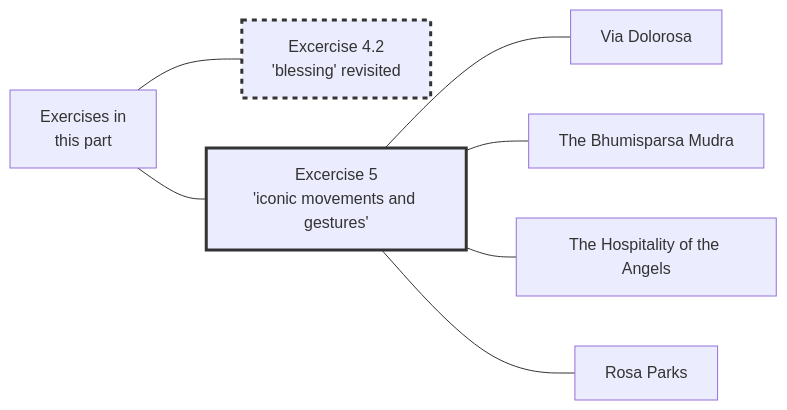
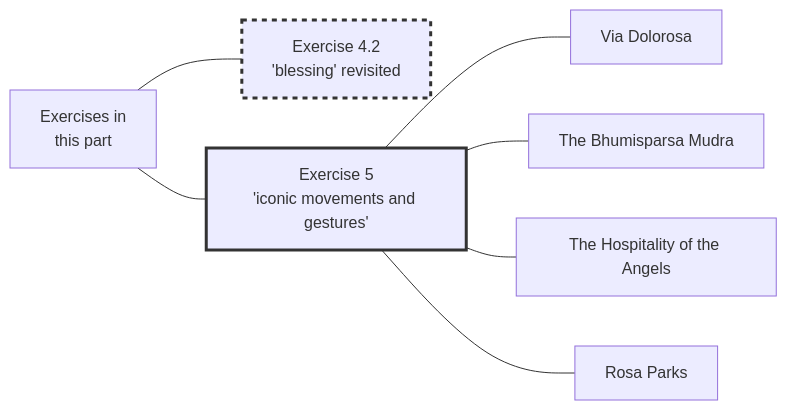
Before and after one commit to fschuhi/digital-garden-rob-burbea-work: the diagram in 2020 Vajra Music/Talks/Preliminaries Regarding Voice, Movement, and Gesture - Part 4.md, drawn with Mermaid. The commit also changed other lines of this file and 59 other files, not shown here.

````diff
--- a/2020 Vajra Music/Talks/Preliminaries Regarding Voice, Movement, and Gesture - Part 4.md
+++ b/2020 Vajra Music/Talks/Preliminaries Regarding Voice, Movement, and Gesture - Part 4.md
@@ -16,20 +16,20 @@
 ```mermaid
 graph LR
 
 %% classDef FixFont font-size:12px
 %% classDef Bla fill:#f9f,stroke:#333,stroke-width:4px
 classDef FatStroke stroke:#333,stroke-width:3px
 classDef DottedFatStroke stroke:#333,stroke-width:3px,stroke-dasharray: 5
 
 E[Exercises in<br>this part]
 E --- E4
 E --- E5
 
-E4[Excercise 4.2<br>'blessing' revisited]:::DottedFatStroke
+E4[Exercise 4.2<br>'blessing' revisited]:::DottedFatStroke
 
-E5[Excercise 5<br>'iconic movements and gestures']:::FatStroke
+E5[Exercise 5<br>'iconic movements and gestures']:::FatStroke
 E5 --- E5-1[Via Dolorosa]
 E5 --- E5-2[The Bhumisparsa Mudra]
 E5 --- E5-3[The Hospitality of the Angels]
 E5 --- E5-4[Rosa Parks]
 ```
````
